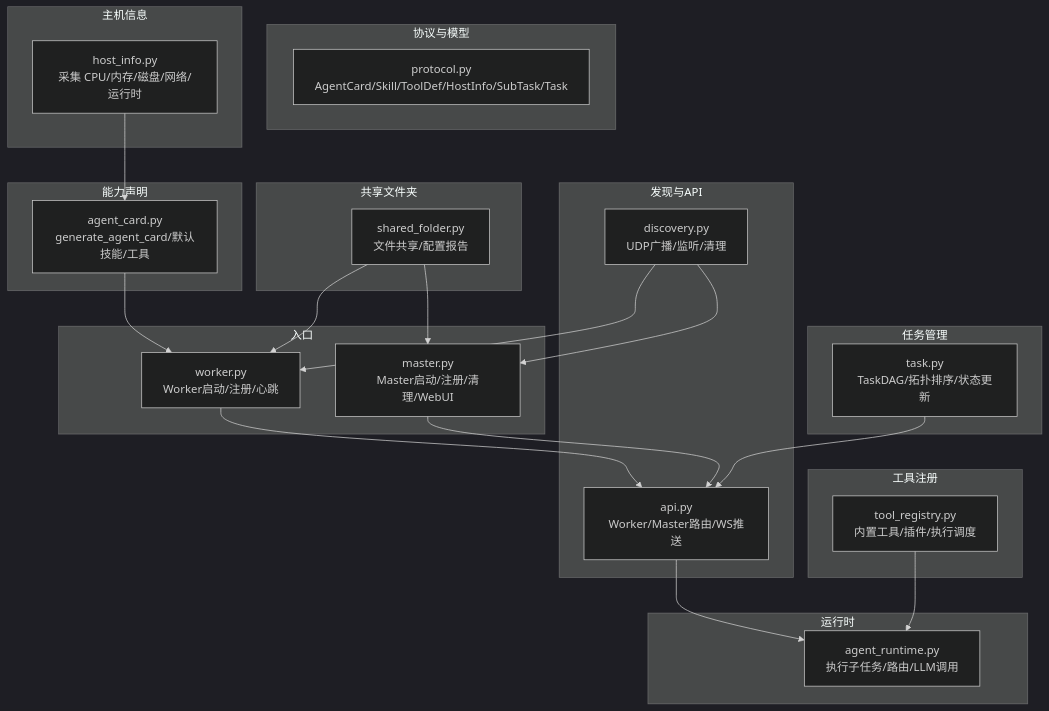
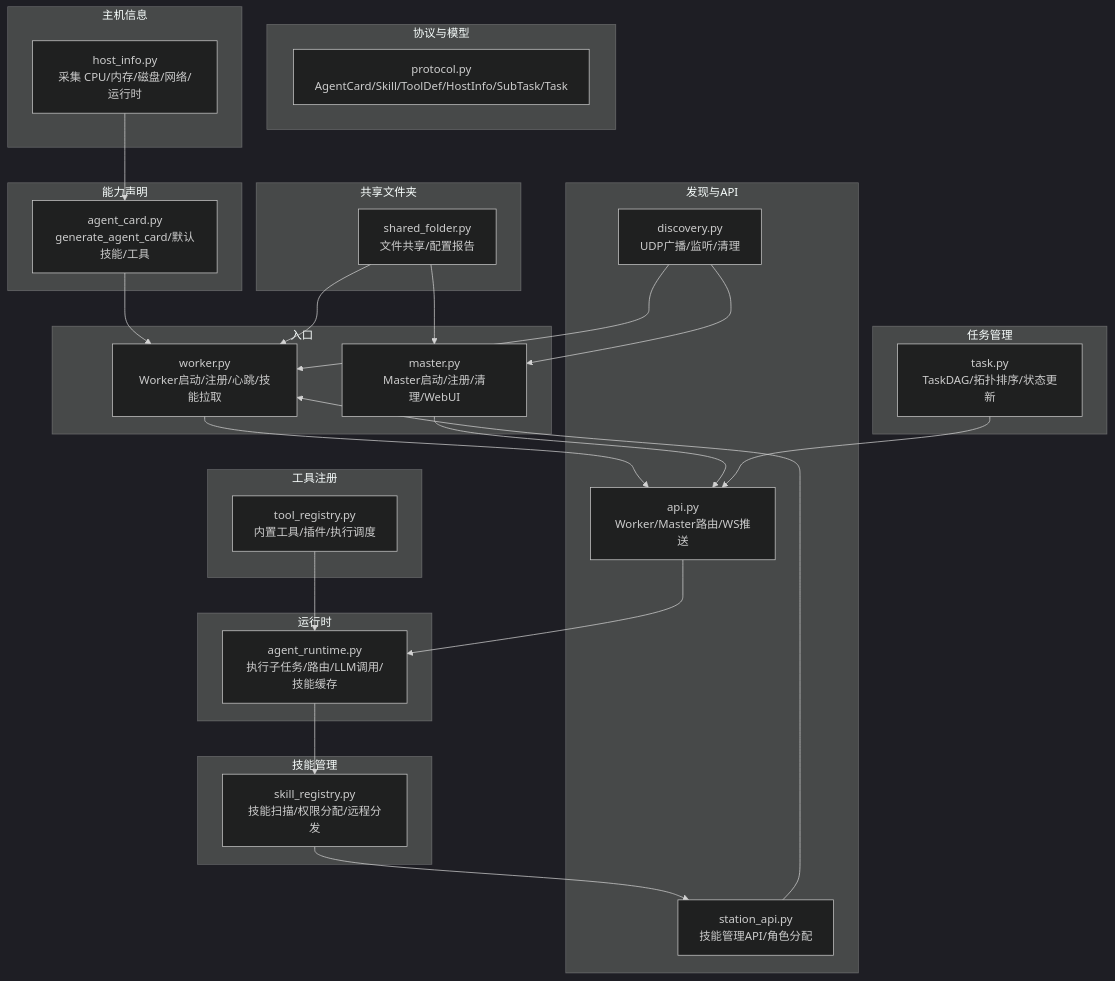
The first of 5 diagrams in .qoder/repowiki/zh/content/架构设计/Worker 代理/Agent 能力声明系统/Agent 能力声明系统.md (targalian/Personal-distributed-workstation), drawn with Mermaid (dark theme) before and after one commit. The commit also changed other lines of this file and 92 other files, not shown here.

````diff
--- a/.qoder/repowiki/zh/content/架构设计/Worker 代理/Agent 能力声明系统/Agent 能力声明系统.md
+++ b/.qoder/repowiki/zh/content/架构设计/Worker 代理/Agent 能力声明系统/Agent 能力声明系统.md
@@ -45,43 +55,50 @@
 ```mermaid
 graph TB
 subgraph "协议与模型"
 P["protocol.py<br/>AgentCard/Skill/ToolDef/HostInfo/SubTask/Task"]
 end
 subgraph "主机信息"
 HI["host_info.py<br/>采集 CPU/内存/磁盘/网络/运行时"]
 end
 subgraph "能力声明"
 AC["agent_card.py<br/>generate_agent_card/默认技能/工具"]
 end
 subgraph "运行时"
-AR["agent_runtime.py<br/>执行子任务/路由/LLM调用"]
+AR["agent_runtime.py<br/>执行子任务/路由/LLM调用/技能缓存"]
+end
+subgraph "技能管理"
+SR["skill_registry.py<br/>技能扫描/权限分配/远程分发"]
 end
 subgraph "工具注册"
 TR["tool_registry.py<br/>内置工具/插件/执行调度"]
 end
 subgraph "任务管理"
 TD["task.py<br/>TaskDAG/拓扑排序/状态更新"]
 end
 subgraph "发现与API"
 DS["discovery.py<br/>UDP广播/监听/清理"]
 API["api.py<br/>Worker/Master路由/WS推送"]
+STA["station_api.py<br/>技能管理API/角色分配"]
 end
 subgraph "共享文件夹"
 SF["shared_folder.py<br/>文件共享/配置报告"]
 end
 subgraph "入口"
-WK["worker.py<br/>Worker启动/注册/心跳"]
+WK["worker.py<br/>Worker启动/注册/心跳/技能拉取"]
 MK["master.py<br/>Master启动/注册/清理/WebUI"]
 end
 HI --> AC
 AC --> WK
 WK --> API
 MK --> API
 DS --> WK
 DS --> MK
 API --> AR
 TR --> AR
 TD --> API
 SF --> WK
 SF --> MK
+SR --> STA
+STA --> WK
+AR --> SR
 ```
````
